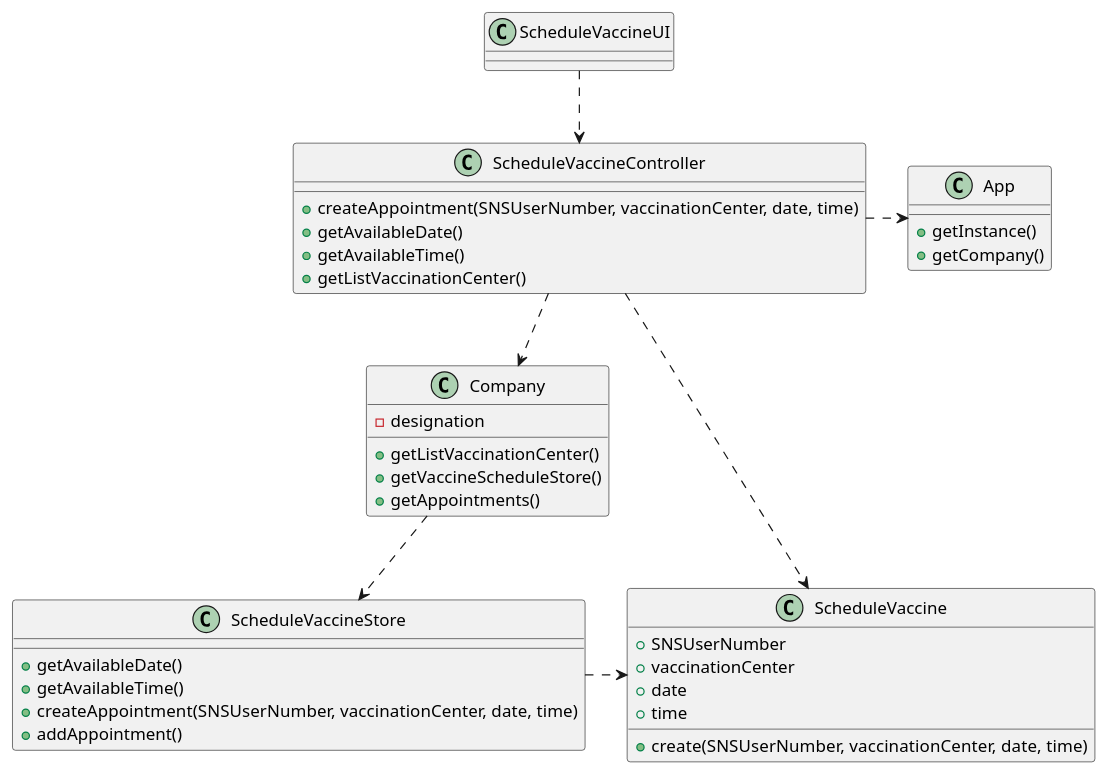
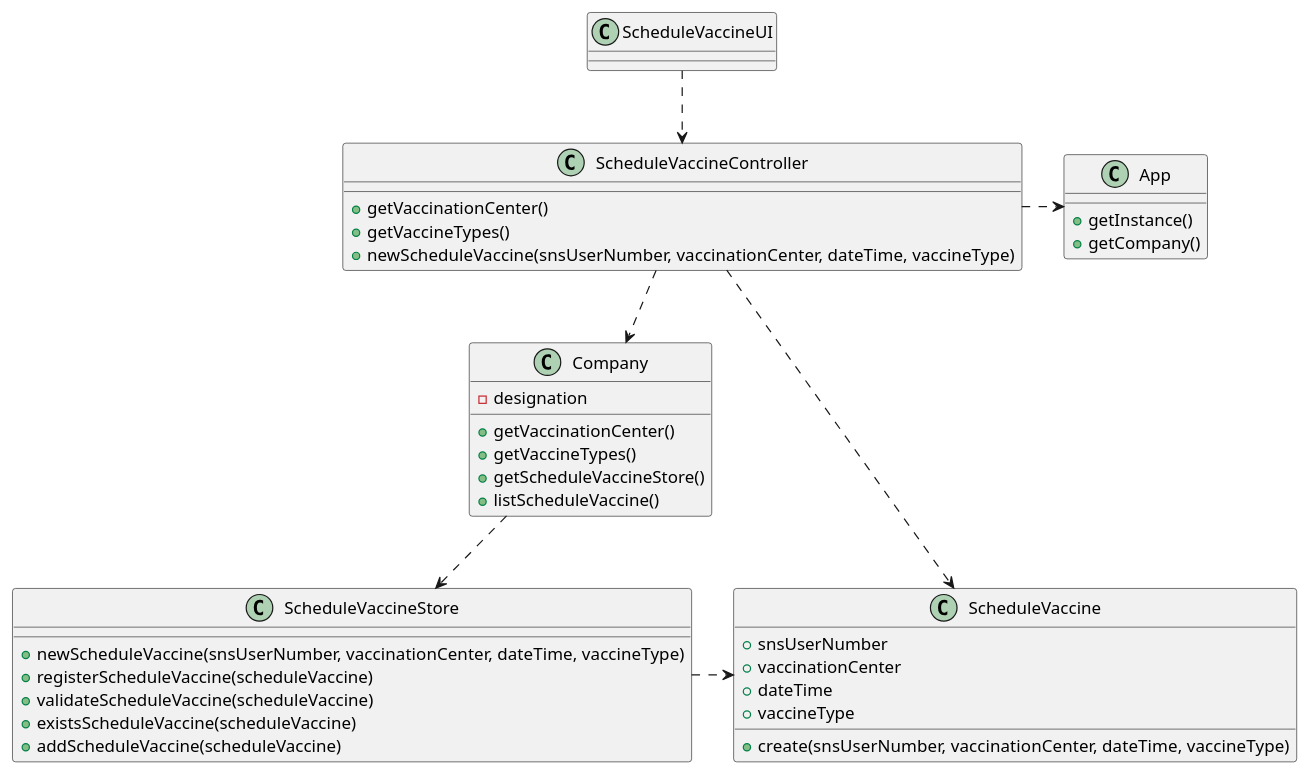
One commit to diogonapoles/isep-lapr2 changed the diagram in docs/SprintC/US1/US1_CD.puml. Above: the diagram before and after it, drawn with PlantUML. The commit also changed 8 other files, not shown here.

```diff
--- a/docs/SprintC/US1/US1_CD.puml
+++ b/docs/SprintC/US1/US1_CD.puml
@@ -1,49 +1,48 @@
 @startuml
 'https://plantuml.com/sequence-diagram
 
 class ScheduleVaccineController{
-+createAppointment(SNSUserNumber, vaccinationCenter, date, time)
-+getAvailableDate()
-+getAvailableTime()
-+getListVaccinationCenter()
++getVaccinationCenter()
++getVaccineTypes()
++newScheduleVaccine(snsUserNumber, vaccinationCenter, dateTime, vaccineType)
 }
 
 class ScheduleVaccineUI{
 }
 
 class ScheduleVaccine{
-+SNSUserNumber
++snsUserNumber
 + vaccinationCenter
-+date
-+time
-+create(SNSUserNumber, vaccinationCenter, date, time)
-
++dateTime
++vaccineType
++create(snsUserNumber, vaccinationCenter, dateTime, vaccineType)
 }
 
 class Company{
 -designation
-+getListVaccinationCenter()
-+getVaccineScheduleStore()
-+getAppointments()
-
++getVaccinationCenter()
++getVaccineTypes()
++getScheduleVaccineStore()
++listScheduleVaccine()
 }
 
 class ScheduleVaccineStore{
-+getAvailableDate()
-+getAvailableTime()
-+createAppointment(SNSUserNumber, vaccinationCenter, date, time)
-+addAppointment()
++newScheduleVaccine(snsUserNumber, vaccinationCenter, dateTime, vaccineType)
++registerScheduleVaccine(scheduleVaccine)
++validateScheduleVaccine(scheduleVaccine)
++existsScheduleVaccine(scheduleVaccine)
++addScheduleVaccine(scheduleVaccine)
 }
 
 class App{
 +getInstance()
 +getCompany()
 }
 
 ScheduleVaccineUI .down.> ScheduleVaccineController
 ScheduleVaccineController .down.> Company
 ScheduleVaccineController .> ScheduleVaccine
 ScheduleVaccineController .>App
 Company .down.> ScheduleVaccineStore
 ScheduleVaccineStore .> ScheduleVaccine
 @enduml
```
